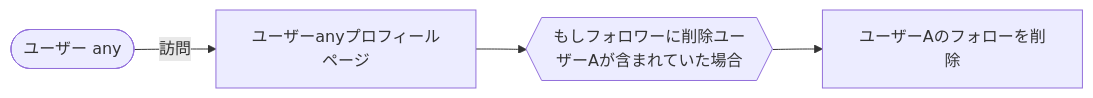
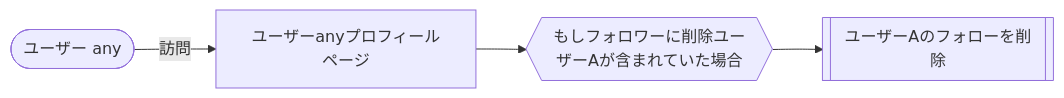
One commit to AkihitoNakano/web-portfolio changed the eighth of 8 diagrams in README.md. Above: the diagram before and after it, drawn with Mermaid. The commit also changed other lines of this file and 5 other files, not shown here.

````diff
--- a/README.md
+++ b/README.md
@@ -588,7 +612,7 @@
 ```mermaid
 flowchart LR
 user([ユーザー any]) -->|訪問| ユーザーanyプロフィールページ -->
 if{{もしフォロワーに削除ユーザーAが含まれていた場合}} -->
-ユーザーAのフォローを削除
+delFollow[[ユーザーAのフォローを削除]]
 
 ```
````
